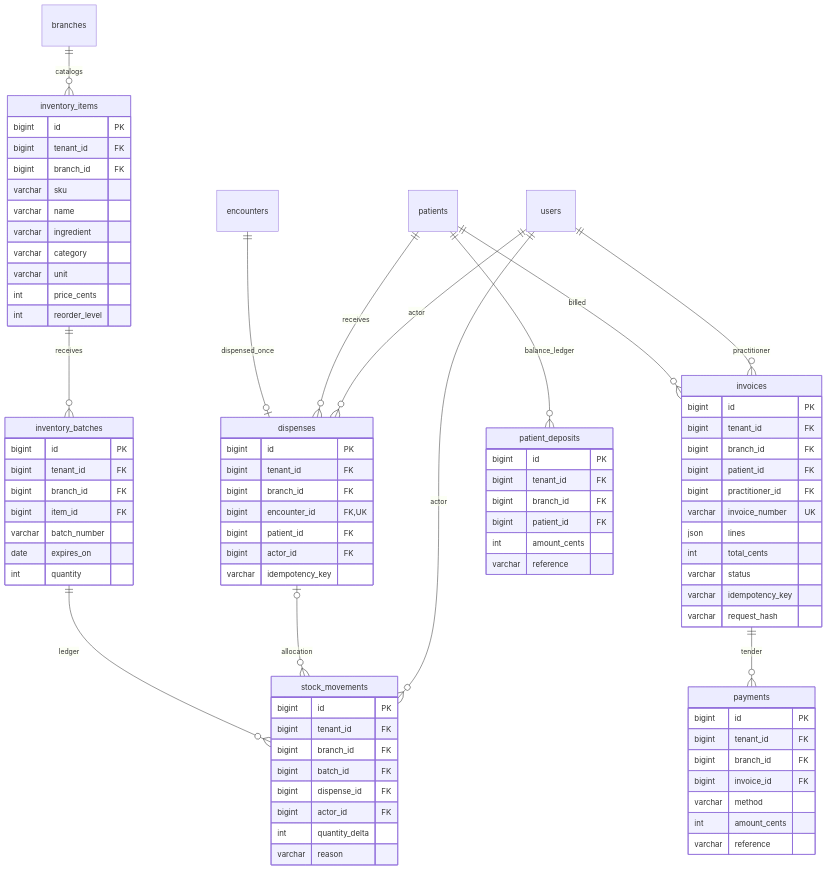
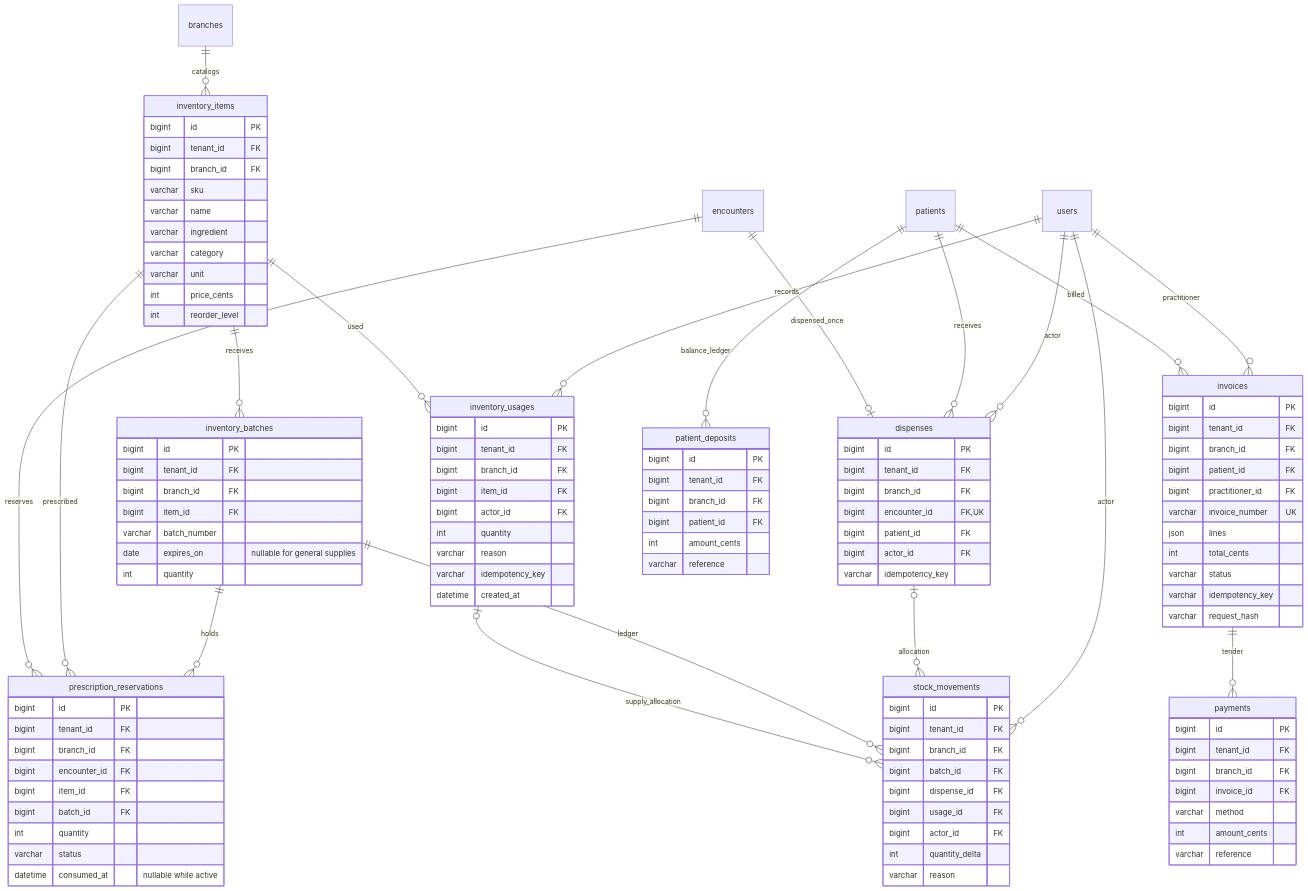
Before and after one commit to SooYM/Clinic-Management-System: the second of 3 diagrams in docs/ERD.md, drawn with Mermaid. The commit also changed other lines of this file and 41 other files, not shown here.

```diff
--- a/docs/ERD.md
+++ b/docs/ERD.md
@@ -182,6 +182,12 @@
 erDiagram
   branches ||--o{ inventory_items : catalogs
   inventory_items ||--o{ inventory_batches : receives
+  inventory_items ||--o{ inventory_usages : used
+  users ||--o{ inventory_usages : records
+  inventory_usages o|--o{ stock_movements : supply_allocation
+  encounters ||--o{ prescription_reservations : reserves
+  inventory_items ||--o{ prescription_reservations : prescribed
+  inventory_batches ||--o{ prescription_reservations : holds
   encounters ||--o| dispenses : dispensed_once
   patients ||--o{ dispenses : receives
   users ||--o{ dispenses : actor
@@ -210,7 +216,7 @@
     bigint branch_id FK
     bigint item_id FK
     varchar batch_number
-    date expires_on
+    date expires_on "nullable for general supplies"
     int quantity
   }
   dispenses {
@@ -222,12 +228,35 @@
     bigint actor_id FK
     varchar idempotency_key
   }
+  inventory_usages {
+    bigint id PK
+    bigint tenant_id FK
+    bigint branch_id FK
+    bigint item_id FK
+    bigint actor_id FK
+    int quantity
+    varchar reason
+    varchar idempotency_key
+    datetime created_at
+  }
+  prescription_reservations {
+    bigint id PK
+    bigint tenant_id FK
+    bigint branch_id FK
+    bigint encounter_id FK
+    bigint item_id FK
+    bigint batch_id FK
+    int quantity
+    varchar status
+    datetime consumed_at "nullable while active"
+  }
   stock_movements {
     bigint id PK
     bigint tenant_id FK
     bigint branch_id FK
     bigint batch_id FK
     bigint dispense_id FK
+    bigint usage_id FK
     bigint actor_id FK
     int quantity_delta
     varchar reason
```
